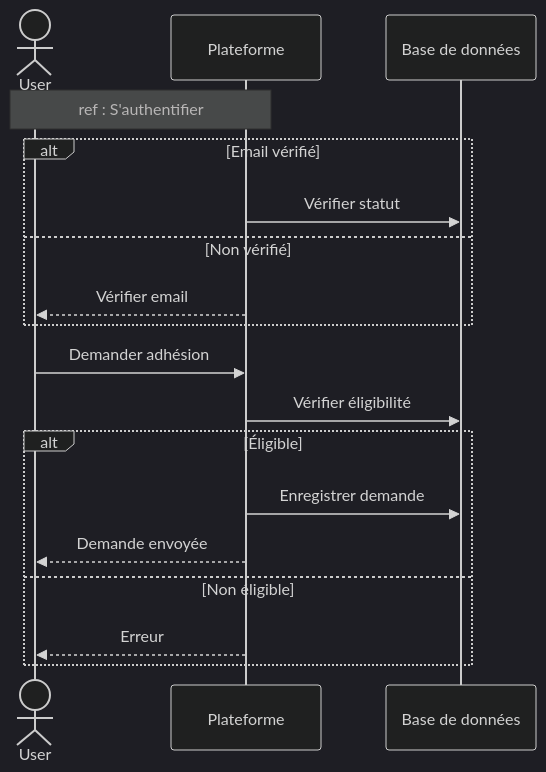
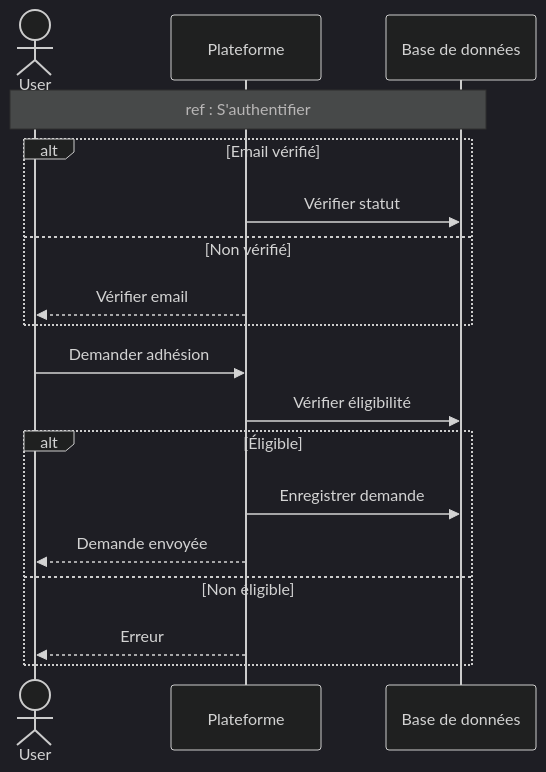
One commit to MohamedChebbi123/teamnest changed the fifth of 16 diagrams in docs/SEQUENCE_DIAGRAMS.md. Above: the diagram before and after it, drawn with Mermaid (dark theme). The commit also changed other lines of this file, not shown here.

````diff
--- a/docs/SEQUENCE_DIAGRAMS.md
+++ b/docs/SEQUENCE_DIAGRAMS.md
@@ -170,23 +170,23 @@
 ```mermaid
 sequenceDiagram
     actor User
     participant API as Plateforme
     participant DB as Base de données
 
-    Note over User,API: ref : S'authentifier
+    Note over User,DB: ref : S'authentifier
 
     alt Email vérifié
         API->>DB: Vérifier statut
     else Non vérifié
         API-->>User: Vérifier email
     end
 
     User->>API: Demander adhésion
     API->>DB: Vérifier éligibilité
     alt Éligible
         API->>DB: Enregistrer demande
         API-->>User: Demande envoyée
     else Non éligible
         API-->>User: Erreur
     end
 ```
````
